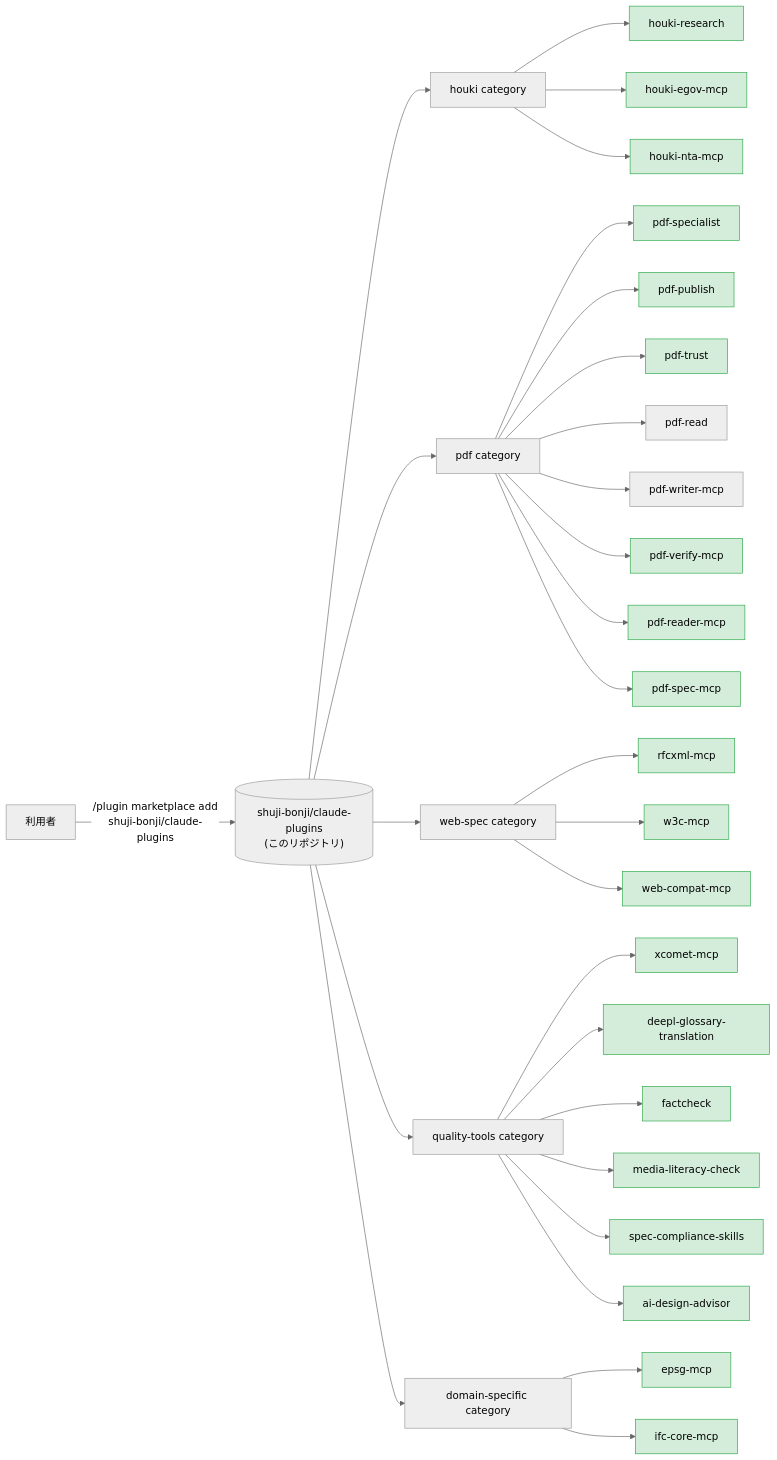
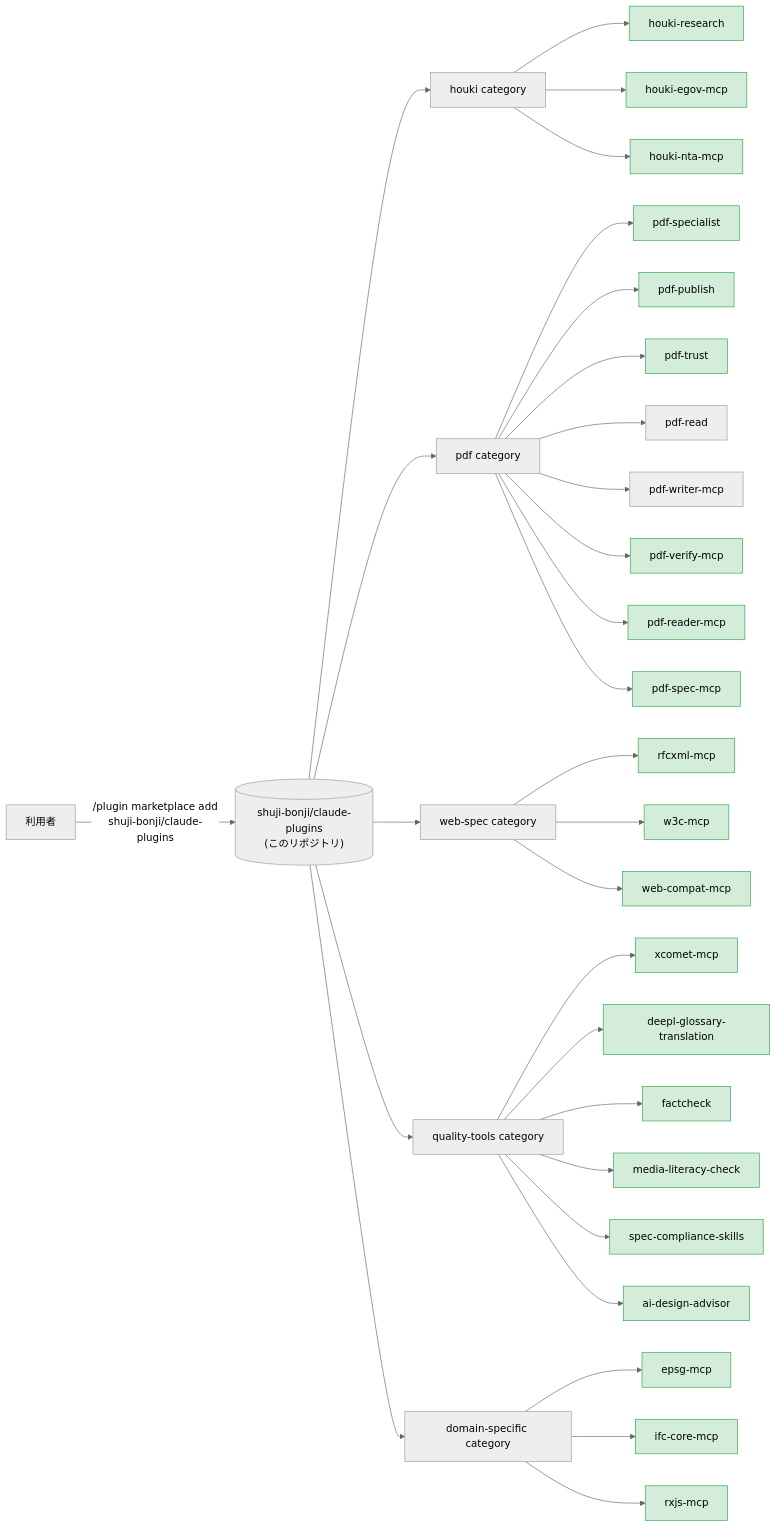
The diagram in README.ja.md (shuji-bonji/claude-plugins), drawn with Mermaid (neutral theme) before and after one commit. The commit also changed other lines of this file and 2 other files, not shown here.

Commit message:
feat: rxjs-mcp を追加し、xcomet-mcp の版を GitHub に合わせる

````diff
--- a/README.ja.md
+++ b/README.ja.md
@@ -13,40 +13,41 @@
 ```mermaid
 graph LR
   user["利用者"] -->|"/plugin marketplace add<br/>shuji-bonji/claude-plugins"| mp[("shuji-bonji/claude-plugins<br/>(このリポジトリ)")]
 
   mp --> houki[houki category]
   mp --> pdf[pdf category]
   mp --> webspec[web-spec category]
   mp --> quality[quality-tools category]
   mp --> domain[domain-specific category]
 
   houki --> hr["houki-research"]
   houki --> hegov["houki-egov-mcp"]
   houki --> hnta["houki-nta-mcp"]
 
   pdf --> pspecial["pdf-specialist"]
   pdf --> ppub["pdf-publish"]
   pdf --> ptrust["pdf-trust"]
   pdf --> pread["pdf-read"]
   pdf --> pwriter["pdf-writer-mcp"]
   pdf --> pverify["pdf-verify-mcp"]
   pdf --> hpdf["pdf-reader-mcp"]
   pdf --> pspec["pdf-spec-mcp"]
 
   webspec --> rfcxml["rfcxml-mcp"]
   webspec --> w3c["w3c-mcp"]
   webspec --> webcompat["web-compat-mcp"]
 
   quality --> xcomet["xcomet-mcp"]
   quality --> deepl["deepl-glossary-translation"]
   quality --> fact["factcheck"]
   quality --> media["media-literacy-check"]
   quality --> speccomp["spec-compliance-skills"]
   quality --> aidesign["ai-design-advisor"]
 
   domain --> epsg["epsg-mcp"]
   domain --> ifc["ifc-core-mcp"]
+  domain --> rxjs["rxjs-mcp"]
 
   classDef live fill:#d4edda,stroke:#28a745
-  class hr,hegov,hnta,pspecial,ppub,ptrust,pverify,hpdf,pspec,rfcxml,w3c,webcompat,xcomet,deepl,fact,media,speccomp,aidesign,epsg,ifc live
+  class hr,hegov,hnta,pspecial,ppub,ptrust,pverify,hpdf,pspec,rfcxml,w3c,webcompat,xcomet,deepl,fact,media,speccomp,aidesign,epsg,ifc,rxjs live
 ```
````
